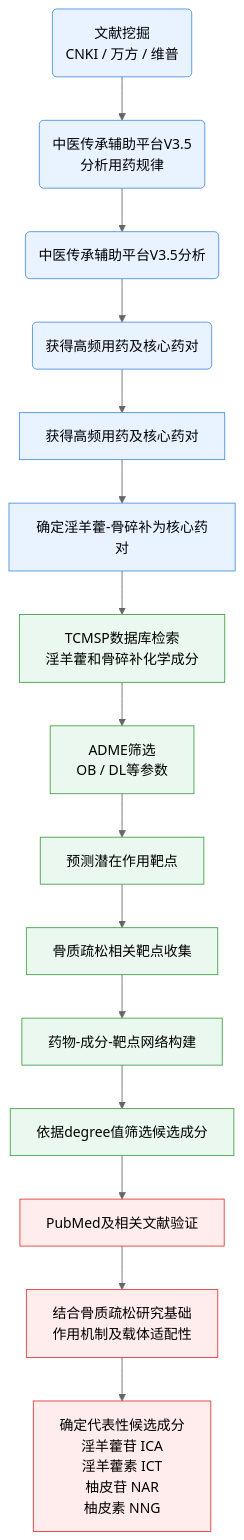
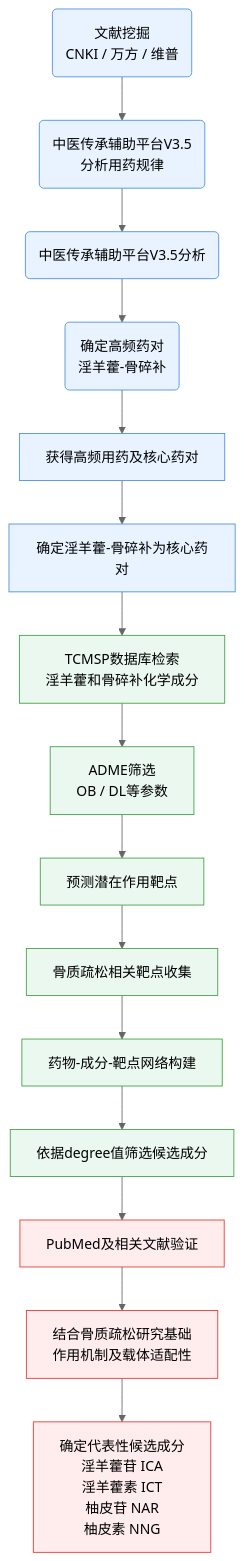
One commit to Yaotian99/iodraw-files changed the diagram in all/未命名-1.md. Above: the diagram before and after it, drawn with Mermaid (neutral theme).

Commit message:
2026-06-24 08:57:58 update

````diff
--- a/all/未命名-1.md
+++ b/all/未命名-1.md
@@ -1,29 +1,29 @@
 ```mermaid
 graph TD
 
 A1(文献挖掘<br/>CNKI / 万方 / 维普) --> A2(中医传承辅助平台V3.5<br/>分析用药规律)
 A2 --> A3(中医传承辅助平台V3.5分析)
-A3 --> A4(获得高频用药及核心药对)
+A3 --> A4(确定高频药对<br/>淫羊藿-骨碎补)
 A4 --> A5[获得高频用药及核心药对]
 A5 --> A6[确定淫羊藿-骨碎补为核心药对]
 
 A6 --> B1[TCMSP数据库检索<br/>淫羊藿和骨碎补化学成分]
 B1 --> B2[ADME筛选<br/>OB / DL等参数]
 B2 --> B3[预测潜在作用靶点]
 B3 --> B4[骨质疏松相关靶点收集]
 B4 --> B5[药物-成分-靶点网络构建]
 B5 --> B6[依据degree值筛选候选成分]
 
 B6 --> C1[PubMed及相关文献验证]
 C1 --> C2[结合骨质疏松研究基础<br/>作用机制及载体适配性]
 C2 --> C3[确定代表性候选成分<br/>淫羊藿苷 ICA<br/>淫羊藿素 ICT<br/>柚皮苷 NAR<br/>柚皮素 NNG]
 
 classDef basis fill:#E8F3FF,stroke:#4A90E2,stroke-width:1px,color:#000;
 classDef network fill:#EAF8EF,stroke:#43A047,stroke-width:1px,color:#000;
 classDef result fill:#FFECEC,stroke:#E53935,stroke-width:1px,color:#000;
 
 class A1,A2,A3,A4,A5,A6 basis;
 class B1,B2,B3,B4,B5,B6 network;
 class C1,C2,C3 result;
   
 ```
````
